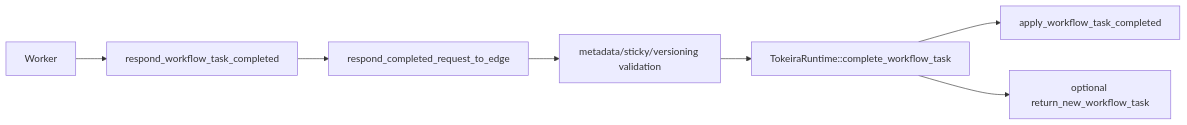
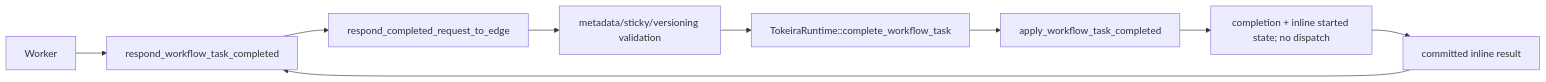
One commit to tokeira/tokeira changed the diagram in .kiro/specs/api-conformance-wft-completion/design.md. Above: the diagram before and after it, drawn with Mermaid. The commit also changed other lines of this file and 104 other files, not shown here.

First line of the commit message:
Start the completion's new workflow task and eager activities inline

````diff
--- a/.kiro/specs/api-conformance-wft-completion/design.md
+++ b/.kiro/specs/api-conformance-wft-completion/design.md
@@ -26,9 +67,11 @@
 ```mermaid
 flowchart LR
     Worker --> Grpc["respond_workflow_task_completed"]
     Grpc --> Translate["respond_completed_request_to_edge"]
     Translate --> Validate["metadata/sticky/versioning validation"]
     Validate --> Runtime["TokeiraRuntime::complete_workflow_task"]
     Runtime --> Kernel["apply_workflow_task_completed"]
-    Runtime --> Broker["optional return_new_workflow_task"]
+    Kernel --> Commit["completion + inline started state; no dispatch"]
+    Commit --> Result["committed inline result"]
+    Result --> Grpc
 ```
````
